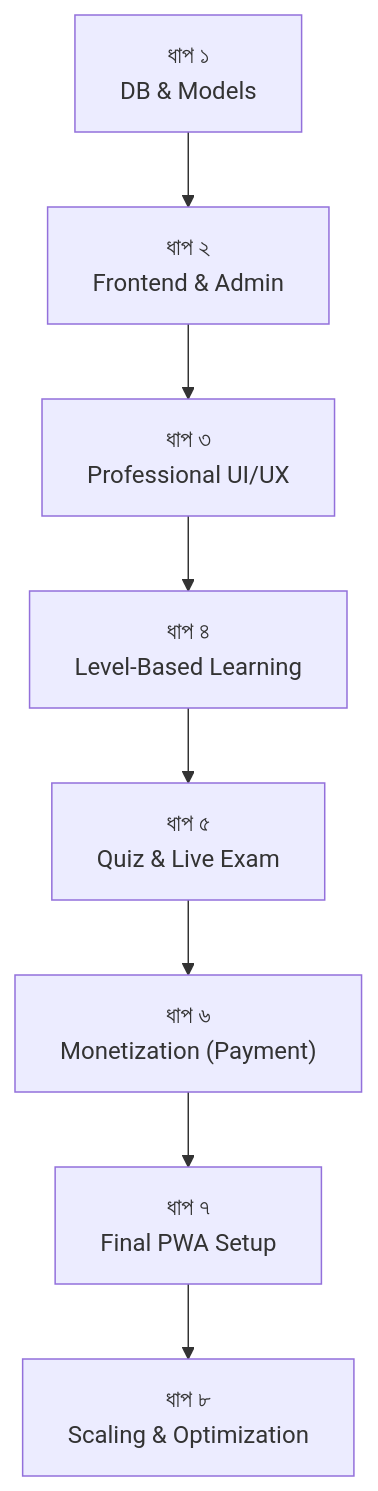
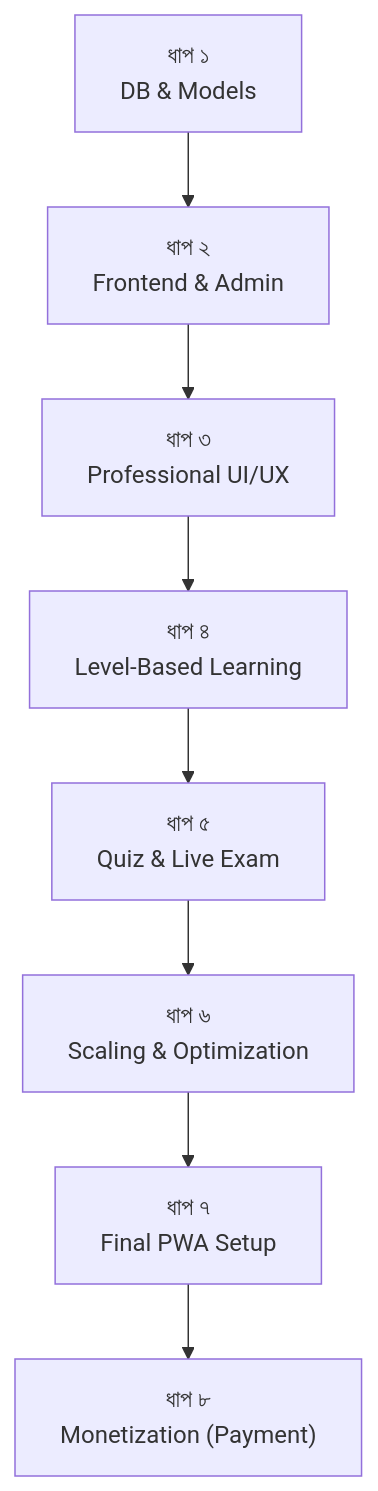
Before and after one commit to Tauhid219/PwaPractice: the diagram in docs/quiz-app-roadmap.md, drawn with Mermaid. The commit also changed other lines of this file, not shown here.

Commit message:
docs: reorder roadmap steps — Scaling moved to step 6, Monetization moved to step 8

````diff
--- a/docs/quiz-app-roadmap.md
+++ b/docs/quiz-app-roadmap.md
@@ -139,10 +139,10 @@
 ```mermaid
 graph TD
     A["ধাপ ১<br>DB & Models"] --> B["ধাপ ২<br>Frontend & Admin"]
     B --> C["ধাপ ৩<br>Professional UI/UX"]
     C --> D["ধাপ ৪<br>Level-Based Learning"]
     D --> E["ধাপ ৫<br>Quiz & Live Exam"]
-    E --> F["ধাপ ৬<br>Monetization (Payment)"]
+    E --> F["ধাপ ৬<br>Scaling & Optimization"]
     F --> G["ধাপ ৭<br>Final PWA Setup"]
-    G --> H["ধাপ ৮<br>Scaling & Optimization"]
+    G --> H["ধাপ ৮<br>Monetization (Payment)"]
 ```
````
